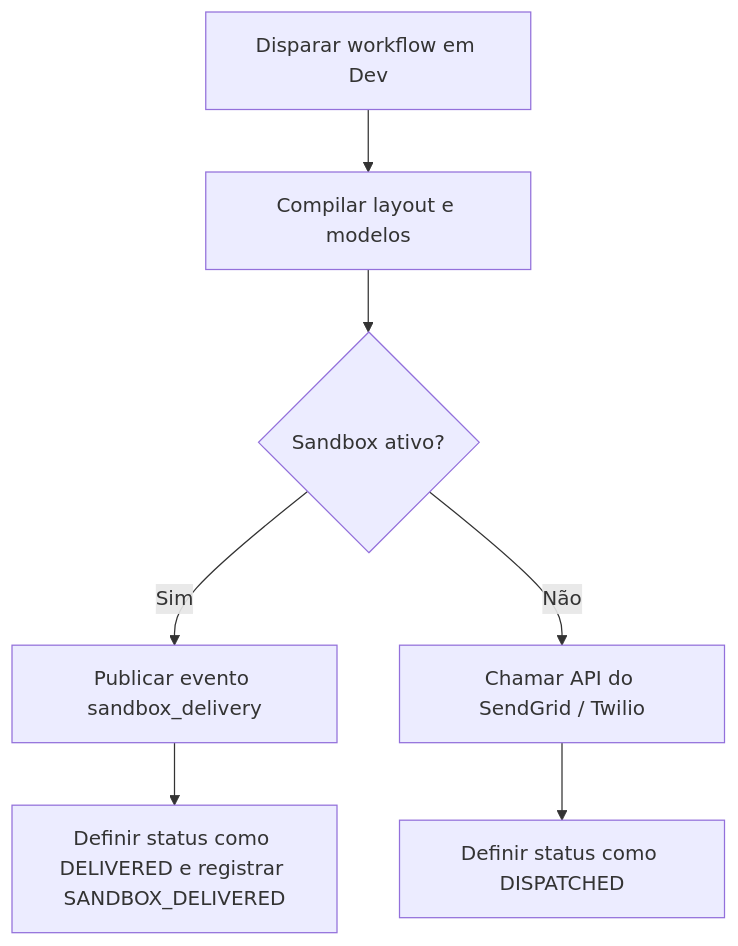
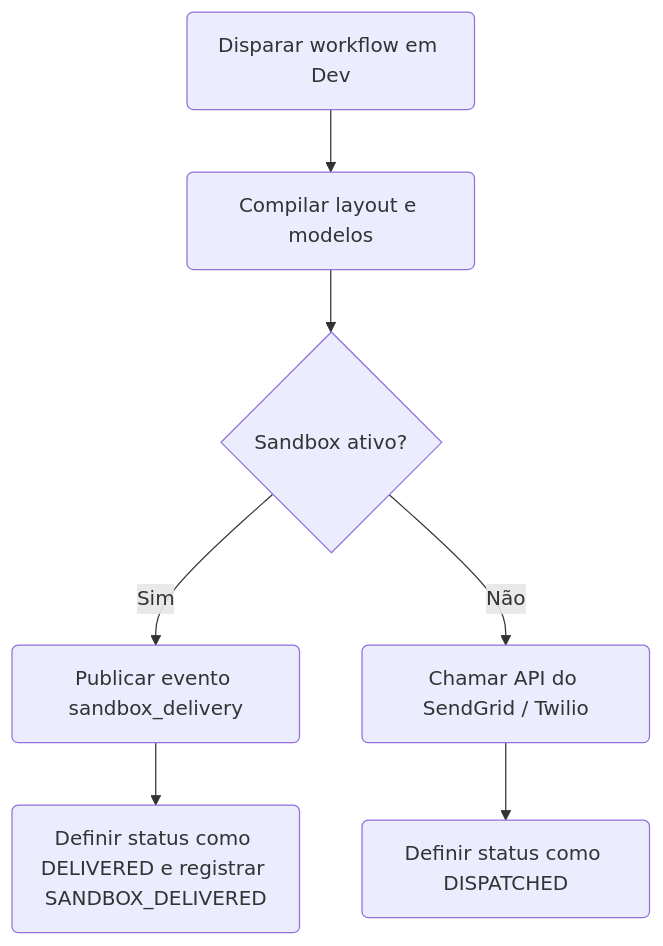
One commit to KriyanshKhunt/nexus_docs changed the diagram in content/docs/pt/platform/features/sandbox.mdx. Above: the diagram before and after it, drawn with Mermaid. The commit also changed 20 other files, not shown here.

Commit message:
Handle pt Mermaid charts

````diff
--- a/content/docs/pt/platform/features/sandbox.mdx
+++ b/content/docs/pt/platform/features/sandbox.mdx
@@ -21,9 +21,9 @@
 ```mermaid
 flowchart TD
-  Trigger[Disparar workflow em Dev] --> Compile[Compilar layout e modelos]
+  Trigger(Disparar workflow em Dev) --> Compile(Compilar layout e modelos)
   Compile --> Dispatch{Sandbox ativo?}
-  Dispatch -->|Sim| Simulate[Publicar evento sandbox_delivery]
-  Simulate --> Log[Definir status como DELIVERED e registrar SANDBOX_DELIVERED]
-  Dispatch -->|Não| Live[Chamar API do SendGrid / Twilio]
-  Live --> LogLive[Definir status como DISPATCHED]
+  Dispatch -->|Sim| Simulate(Publicar evento sandbox_delivery)
+  Simulate --> Log(Definir status como DELIVERED e registrar SANDBOX_DELIVERED)
+  Dispatch -->|Não| Live(Chamar API do SendGrid / Twilio)
+  Live --> LogLive(Definir status como DISPATCHED)
 ```
````
